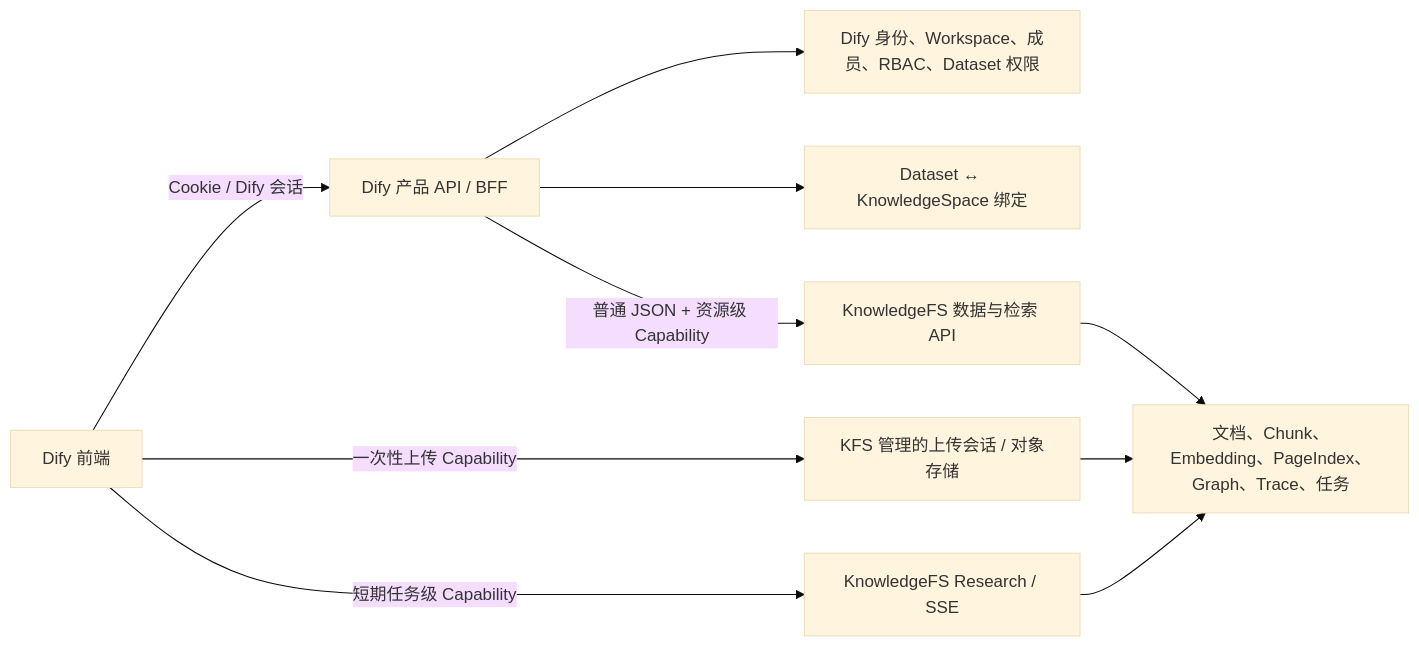
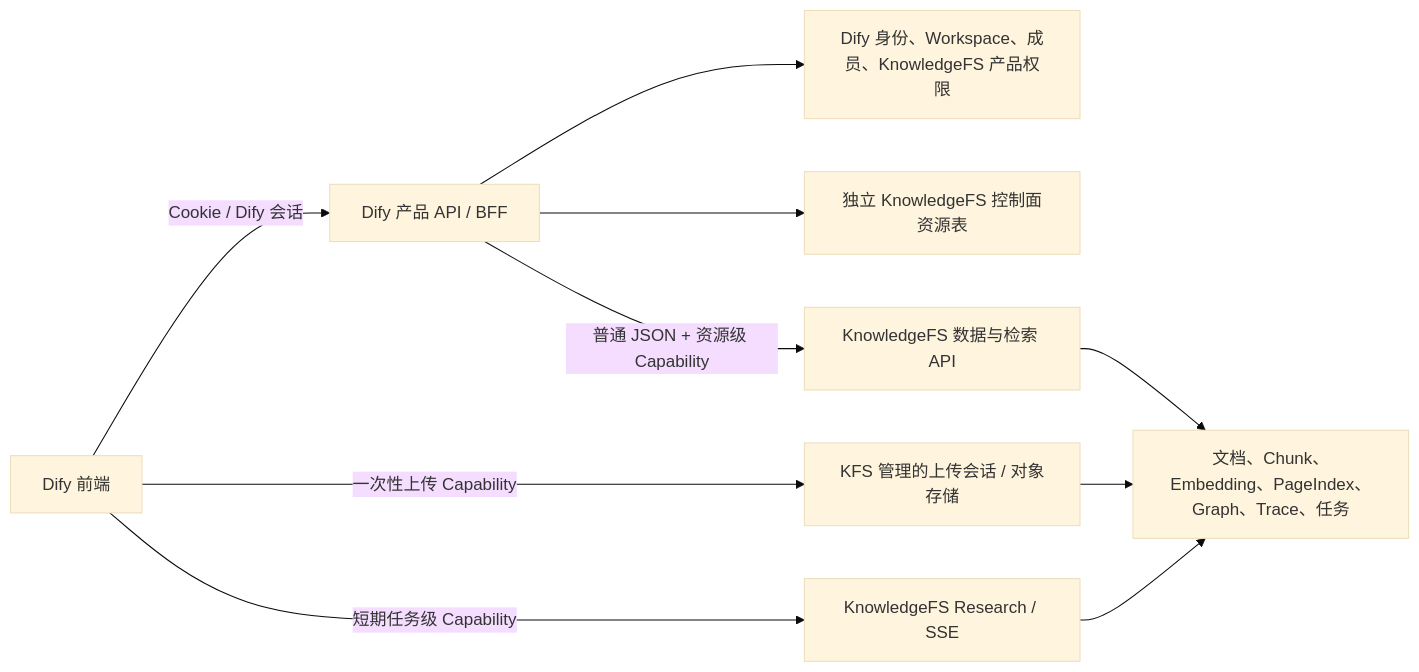
Before and after one commit to systemvanta/dify-system: the first of 2 diagrams in docs/design/knowledge-fs-dify-integration-execution-plan.md, drawn with Mermaid (base theme). The commit also changed other lines of this file, not shown here.

Commit message:
docs: decouple KnowledgeFS from Dify datasets

````diff
--- a/docs/design/knowledge-fs-dify-integration-execution-plan.md
+++ b/docs/design/knowledge-fs-dify-integration-execution-plan.md
@@ -24,12 +24,12 @@
 ```mermaid
 flowchart LR
     Browser["Dify 前端"] -->|"Cookie / Dify 会话"| DifyAPI["Dify 产品 API / BFF"]
-    DifyAPI --> Authz["Dify 身份、Workspace、成员、RBAC、Dataset 权限"]
-    DifyAPI --> Binding["Dataset ↔ KnowledgeSpace 绑定"]
+    DifyAPI --> Authz["Dify 身份、Workspace、成员、KnowledgeFS 产品权限"]
+    DifyAPI --> Registry["独立 KnowledgeFS 控制面资源表"]
     DifyAPI -->|"普通 JSON + 资源级 Capability"| KFS["KnowledgeFS 数据与检索 API"]
     Browser -->|"一次性上传 Capability"| Upload["KFS 管理的上传会话 / 对象存储"]
     Browser -->|"短期任务级 Capability"| Stream["KnowledgeFS Research / SSE"]
     KFS --> Technical["文档、Chunk、Embedding、PageIndex、Graph、Trace、任务"]
     Upload --> Technical
     Stream --> Technical
 ```
````
